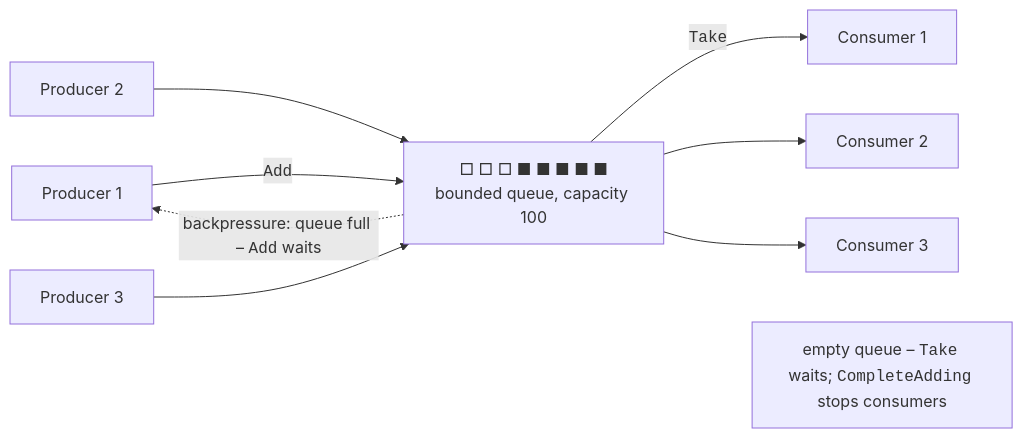
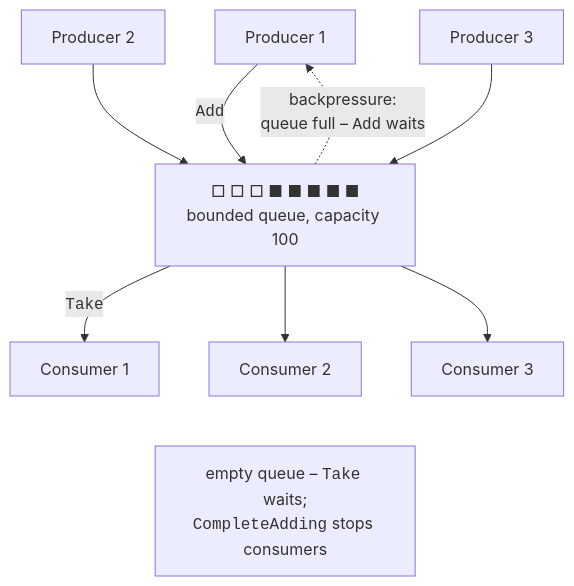
Before and after one commit to musicvano/Blog: the first of 2 diagrams in src/courses/parallel/04-concurrent-collections/producer-consumer.md, drawn with Mermaid. The commit also changed other lines of this file and 583 other files, not shown here.

````diff
--- a/src/courses/parallel/04-concurrent-collections/producer-consumer.md
+++ b/src/courses/parallel/04-concurrent-collections/producer-consumer.md
@@ -31,12 +31,12 @@
 ```mermaid
-flowchart LR
+flowchart TB
   P1["Producer 1"] -->|"<code>Add</code>"| Q
   P2["Producer 2"] --> Q
   P3["Producer 3"] --> Q
   Q["□ □ □ ■ ■ ■ ■ ■<br>bounded queue, capacity 100"]
   Q -->|"<code>Take</code>"| C1["Consumer 1"]
   Q --> C2["Consumer 2"]
   Q --> C3["Consumer 3"]
-  Q -.->|"backpressure: queue full – <code>Add</code> waits"| P1
-  Q ~~~ NOTE["empty queue – <code>Take</code> waits; <code>CompleteAdding</code> stops consumers"]
+  Q -.->|"backpressure:<br>queue full – <code>Add</code> waits"| P1
+  C2 ~~~ NOTE["empty queue – <code>Take</code> waits;<br><code>CompleteAdding</code> stops consumers"]
 ```
````
